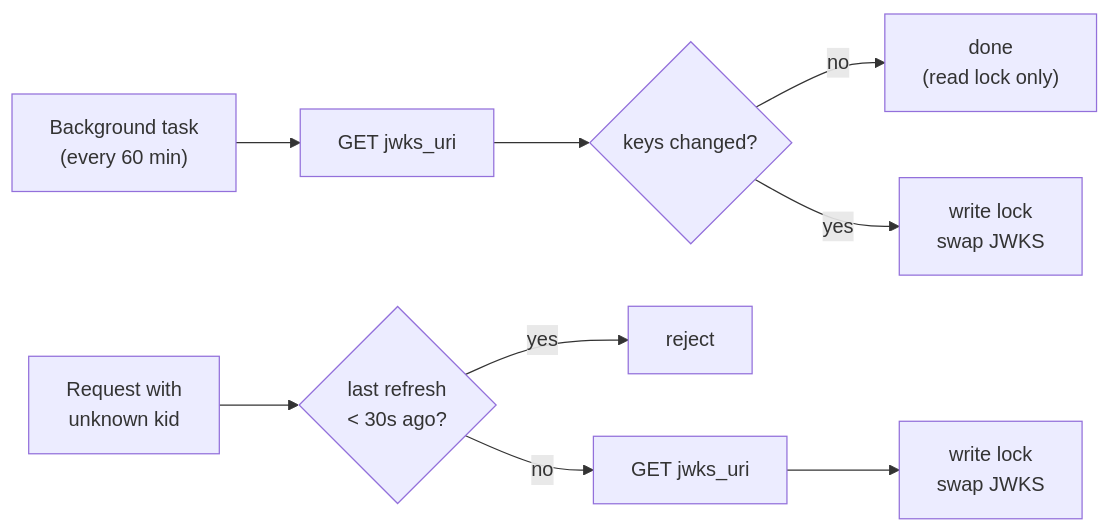
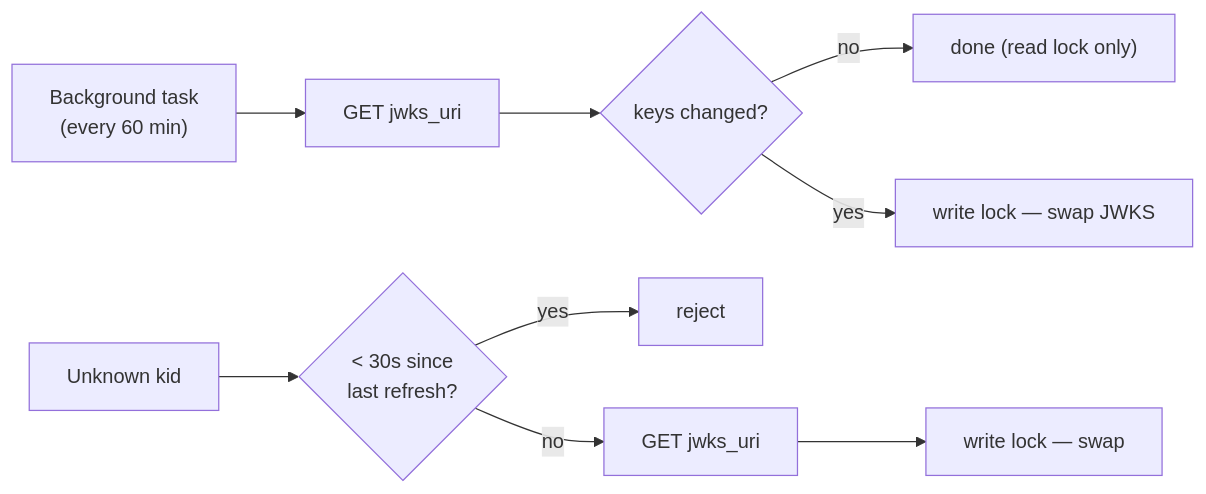
Before and after one commit to JonCooperWorks/rLLM: the fourth of 4 diagrams in docs/authentication.md, drawn with Mermaid. The commit also changed other lines of this file and 12 other files, not shown here.

````diff
--- a/docs/authentication.md
+++ b/docs/authentication.md
@@ -159,11 +164,11 @@
 ```mermaid
 graph LR
     BG["Background task<br/>(every 60 min)"] --> Fetch["GET jwks_uri"]
     Fetch --> Compare{"keys changed?"}
-    Compare -->|no| Done["done<br/>(read lock only)"]
-    Compare -->|yes| Write["write lock<br/>swap JWKS"]
+    Compare -->|no| Done["done (read lock only)"]
+    Compare -->|yes| Write["write lock — swap JWKS"]
 
-    Eager["Request with<br/>unknown kid"] --> Rate{"last refresh<br/>< 30s ago?"}
+    Eager["Unknown kid"] --> Rate{"< 30s since<br/>last refresh?"}
     Rate -->|yes| Reject[reject]
-    Rate -->|no| Fetch2["GET jwks_uri"] --> Write2["write lock<br/>swap JWKS"]
+    Rate -->|no| Fetch2["GET jwks_uri"] --> Write2["write lock — swap"]
 ```
````
